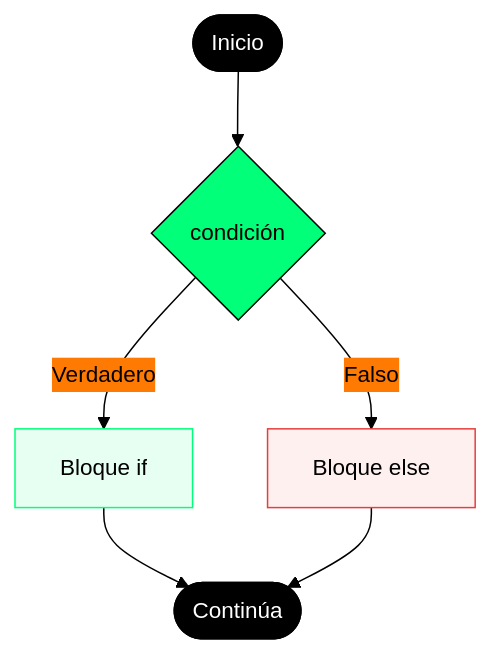
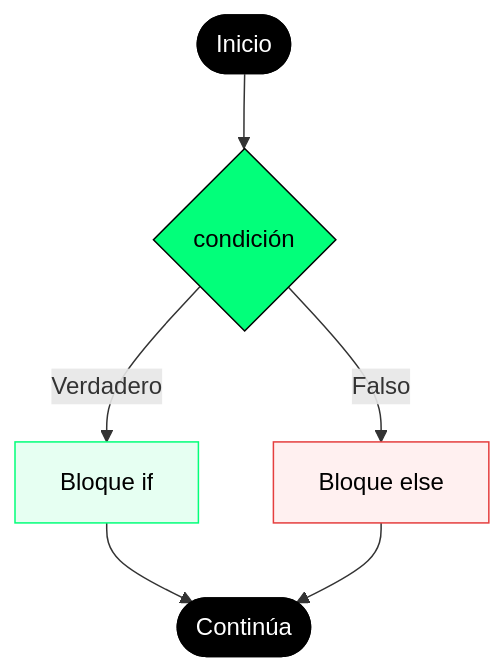
Before and after one commit to fzambran/fp2026-1: the second of 2 diagrams in sem10/estructuras_condicionales.qmd, drawn with Mermaid. The commit also changed other lines of this file and 55 other files, not shown here.

````diff
--- a/sem10/estructuras_condicionales.qmd
+++ b/sem10/estructuras_condicionales.qmd
@@ -190,20 +194,15 @@
 ```{mermaid}
-%%{init: {'theme': 'base', 'themeVariables': {
-  'primaryColor': '#02FF7A',
-  'primaryTextColor': '#000000',
-  'primaryBorderColor': '#000000',
-  'lineColor': '#000000',
-  'fontSize': '15px'
-}}}%%
+%%| echo: false
+%%| eval: true
 flowchart TD
     A([Inicio]) --> B{condición}
     B -->|Verdadero| C[Bloque if]
     B -->|Falso| D[Bloque else]
     C --> E([Continúa])
     D --> E
     style B fill:#02FF7A,stroke:#000000,color:#000000
     style A fill:#000000,stroke:#000000,color:#ffffff
     style E fill:#000000,stroke:#000000,color:#ffffff
     style C fill:#e6fff2,stroke:#02FF7A,color:#000000
     style D fill:#fff0f0,stroke:#e53e3e,color:#000000
 ```
````
